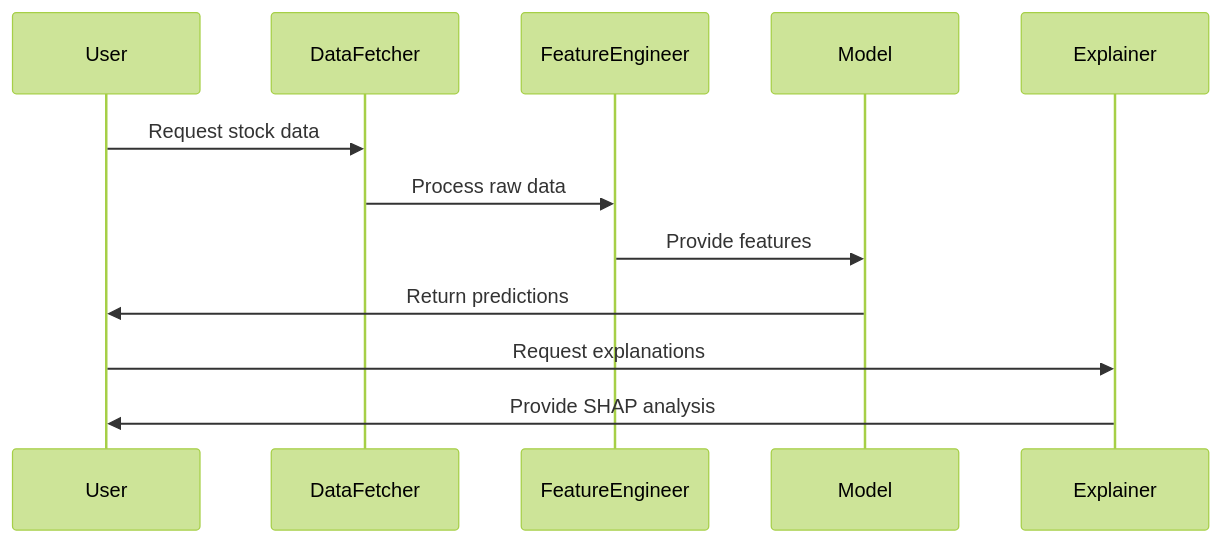
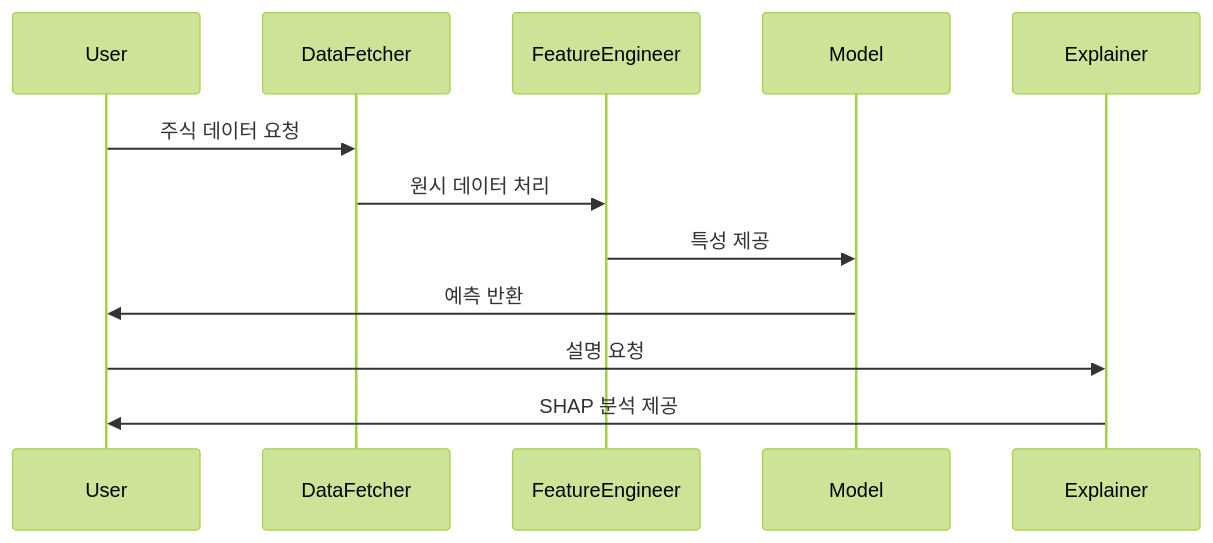
One commit to gyuha/investment-open-source-analysis changed the third of 4 diagrams in report/cluefin/report-claude-code-glm.md. Above: the diagram before and after it, drawn with Mermaid (forest theme). The commit also changed other lines of this file and 9 other files, not shown here.

````diff
--- a/report/cluefin/report-claude-code-glm.md
+++ b/report/cluefin/report-claude-code-glm.md
@@ -275,15 +275,15 @@
 ```mermaid
 sequenceDiagram
     participant User
     participant DataFetcher
     participant FeatureEngineer
     participant Model
     participant Explainer
 
-    User->>DataFetcher: Request stock data
-    DataFetcher->>FeatureEngineer: Process raw data
-    FeatureEngineer->>Model: Provide features
-    Model->>User: Return predictions
-    User->>Explainer: Request explanations
-    Explainer->>User: Provide SHAP analysis
+    User->>DataFetcher: 주식 데이터 요청
+    DataFetcher->>FeatureEngineer: 원시 데이터 처리
+    FeatureEngineer->>Model: 특성 제공
+    Model->>User: 예측 반환
+    User->>Explainer: 설명 요청
+    Explainer->>User: SHAP 분석 제공
 ```
````
